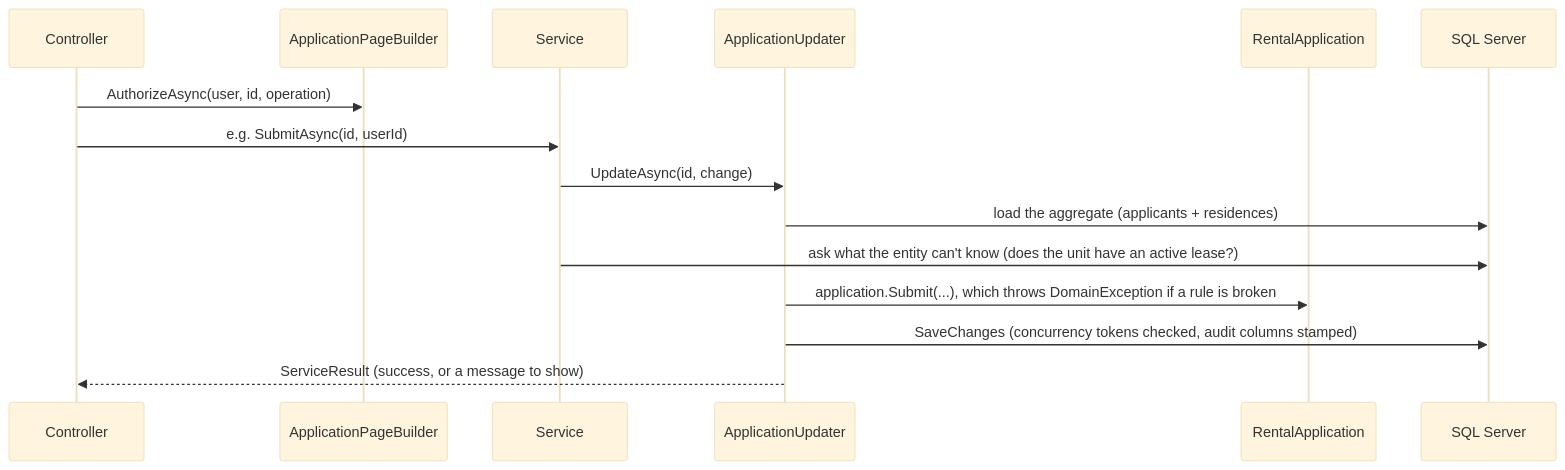
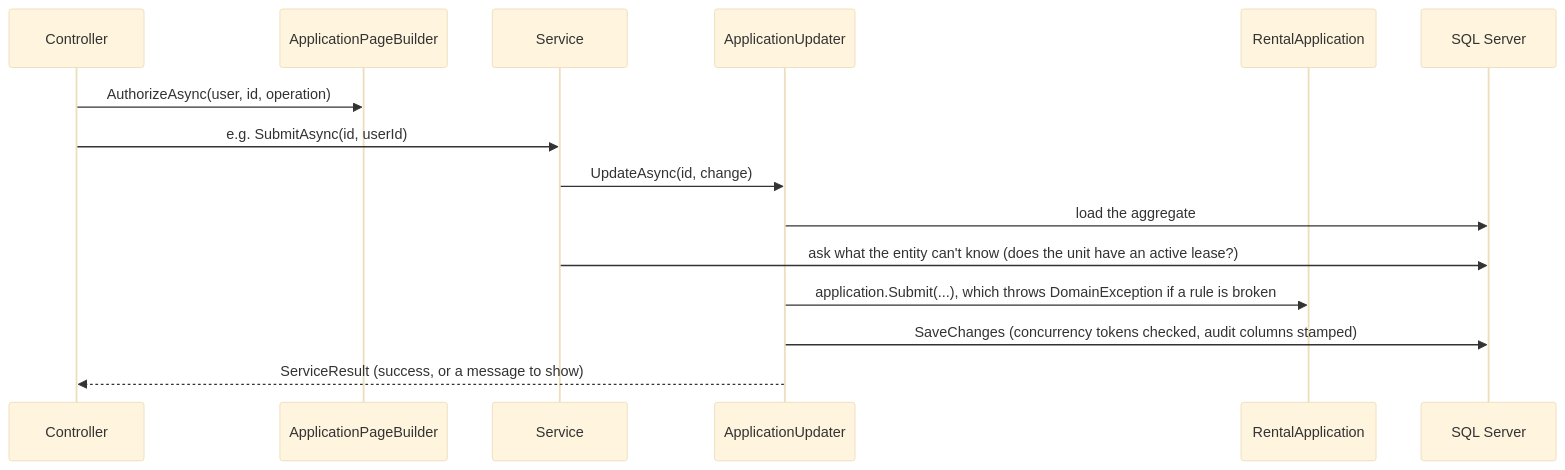
The second of 2 diagrams in docs/architecture.md (Cevans555/PropertyManagementCompany), drawn with Mermaid (base theme) before and after one commit. The commit also changed other lines of this file and 6 other files, not shown here.

First line of the commit message:
Trim docs to architecture, decisions, testing and handoff

````diff
--- a/docs/architecture.md
+++ b/docs/architecture.md
@@ -57,17 +46,17 @@
 ```mermaid
 sequenceDiagram
     participant C as Controller
     participant B as ApplicationPageBuilder
     participant S as Service
     participant U as ApplicationUpdater
     participant E as RentalApplication
     participant DB as SQL Server
     C->>B: AuthorizeAsync(user, id, operation)
     C->>S: e.g. SubmitAsync(id, userId)
     S->>U: UpdateAsync(id, change)
-    U->>DB: load the aggregate (applicants + residences)
+    U->>DB: load the aggregate
     S->>DB: ask what the entity can't know (does the unit have an active lease?)
     U->>E: application.Submit(...), which throws DomainException if a rule is broken
     U->>DB: SaveChanges (concurrency tokens checked, audit columns stamped)
     U-->>C: ServiceResult (success, or a message to show)
 ```
````
